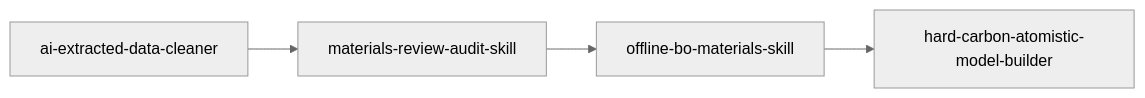
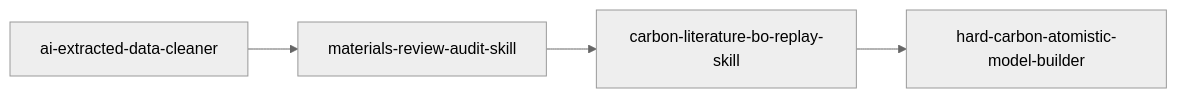
Before and after one commit to zhangjunhuan846-hash/ai-extracted-data-cleaner: the second of 2 diagrams in README.md, drawn with Mermaid (neutral theme). The commit also changed other lines of this file and 32 other files, not shown here.

````diff
--- a/README.md
+++ b/README.md
@@ -283,6 +301,6 @@
 ```mermaid
 flowchart LR
     A[ai-extracted-data-cleaner] --> B[materials-review-audit-skill]
-    B --> C[offline-bo-materials-skill]
+    B --> C[carbon-literature-bo-replay-skill]
     C --> D[hard-carbon-atomistic-model-builder]
 ```
````
